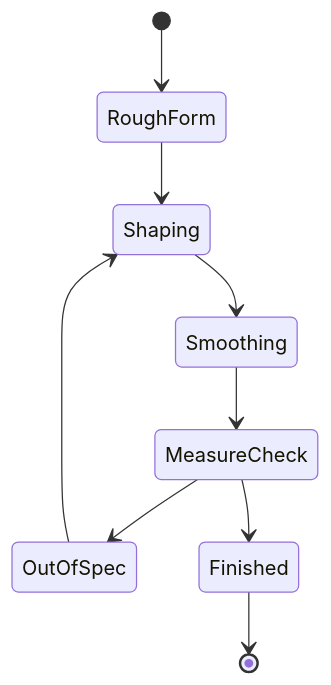
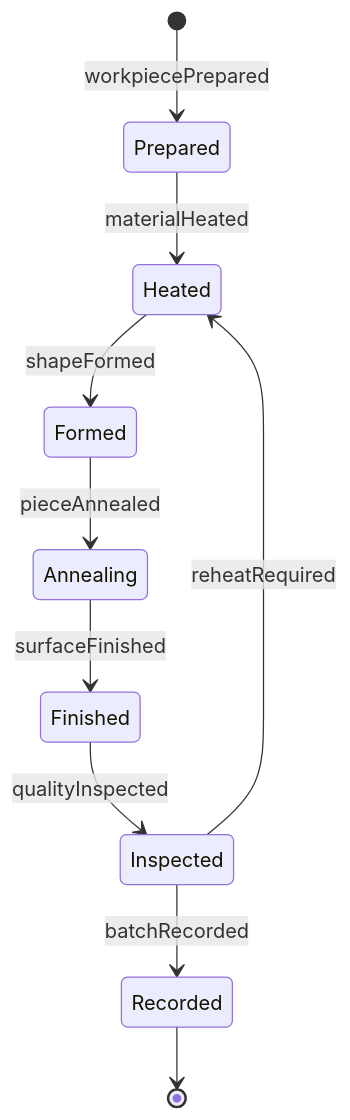
The second of 4 diagrams in HandlingAndMovingObjects/ShapeMaterialsToCreateProducts/ShapeGlassSimilarMaterials.mdx (dot-org-ai/tasks.org.ai), drawn with Mermaid before and after one commit. The commit also changed other lines of this file and 515 other files, not shown here.

````diff
--- a/HandlingAndMovingObjects/ShapeMaterialsToCreateProducts/ShapeGlassSimilarMaterials.mdx
+++ b/HandlingAndMovingObjects/ShapeMaterialsToCreateProducts/ShapeGlassSimilarMaterials.mdx
@@ -99,11 +99,12 @@
 ```mermaid
 stateDiagram-v2
-    [*] --> RoughForm
-    RoughForm --> Shaping
-    Shaping --> Smoothing
-    Smoothing --> MeasureCheck
-    MeasureCheck --> OutOfSpec
-    OutOfSpec --> Shaping
-    MeasureCheck --> Finished
-    Finished --> [*]
+    [*] --> Prepared : workpiecePrepared
+    Prepared --> Heated : materialHeated
+    Heated --> Formed : shapeFormed
+    Formed --> Annealing : pieceAnnealed
+    Annealing --> Finished : surfaceFinished
+    Finished --> Inspected : qualityInspected
+    Inspected --> Recorded : batchRecorded
+    Inspected --> Heated : reheatRequired
+    Recorded --> [*]
 ```
````
